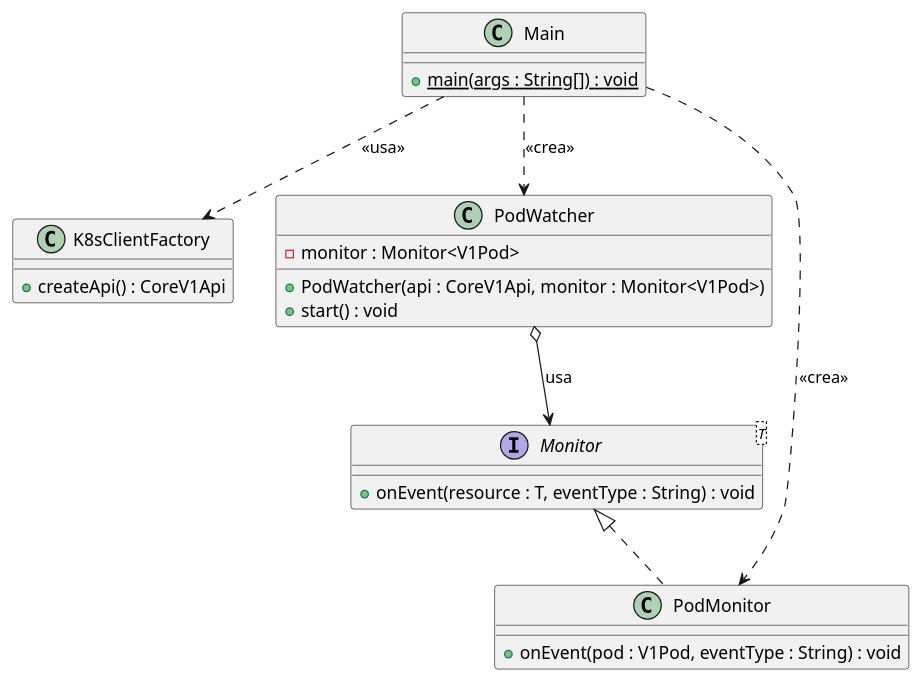
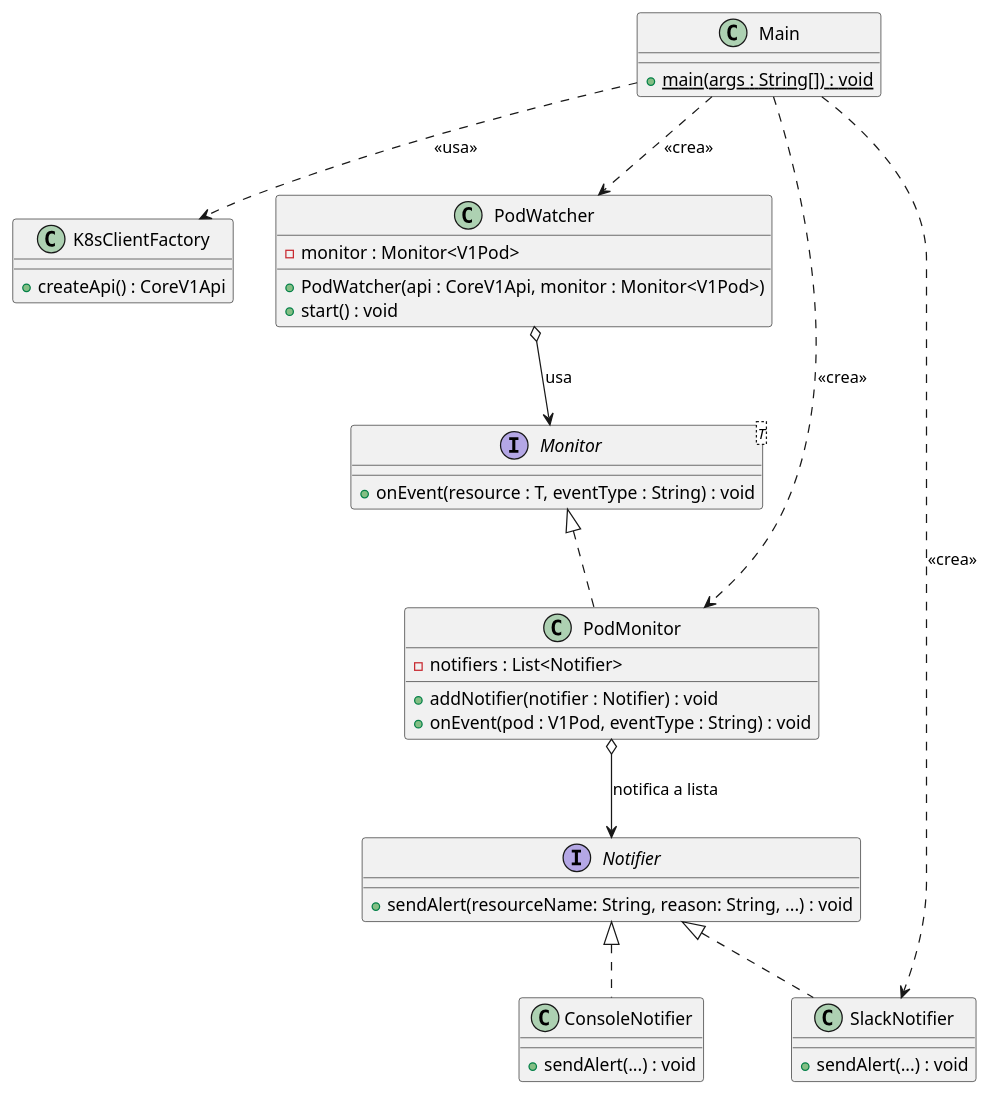
Before and after one commit to Carlos-Lima2510/Kintoh: the diagram in documents/vistaPública.puml, drawn with PlantUML. The commit also changed 8 other files, not shown here.

Commit message:
feat: Implement notifier system with Slack and Console notifications

```diff
--- a/documents/vistaPública.puml
+++ b/documents/vistaPública.puml
@@ -1,34 +1,54 @@
 @startuml
 
 class Main {
     + {static} main(args : String[]) : void
 }
 
 class K8sClientFactory {
     + createApi() : CoreV1Api
 }
 
 interface "Monitor<T>" as Monitor {
     + onEvent(resource : T, eventType : String) : void
 }
 
 class PodWatcher {
     - monitor : Monitor<V1Pod>
     + PodWatcher(api : CoreV1Api, monitor : Monitor<V1Pod>)
     + start() : void
 }
 
 class PodMonitor {
+    - notifiers : List<Notifier>
+    + addNotifier(notifier : Notifier) : void
     + onEvent(pod : V1Pod, eventType : String) : void
+}
+
+interface Notifier {
+    + sendAlert(resourceName: String, reason: String, ...) : void
+}
+
+class SlackNotifier {
+    + sendAlert(...) : void
+}
+
+class ConsoleNotifier {
+    + sendAlert(...) : void
 }
 
 
 Main ..> K8sClientFactory : <<usa>>
 Main ..> PodWatcher : <<crea>>
 Main ..> PodMonitor : <<crea>>
+Main ..> SlackNotifier : <<crea>>
+
+PodWatcher o--> Monitor : "usa"
 
 Monitor <|.. PodMonitor 
 
-PodWatcher o--> Monitor : "usa"
+PodMonitor o--> Notifier : "notifica a lista"
+
+Notifier <|.. SlackNotifier
+Notifier <|.. ConsoleNotifier
 
 @enduml
```
